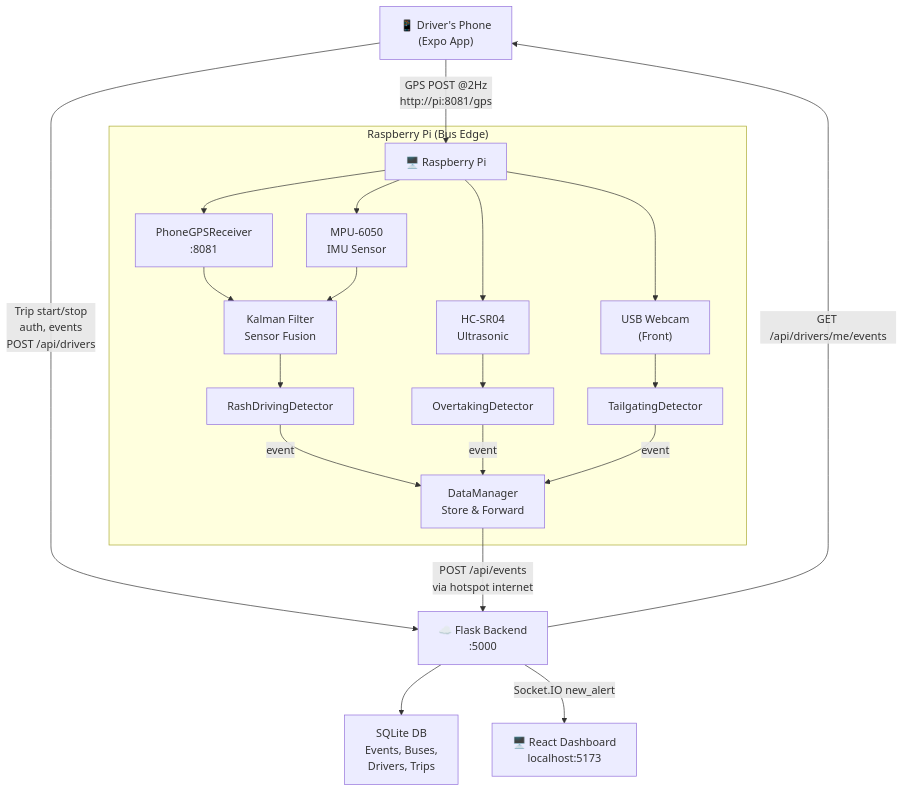
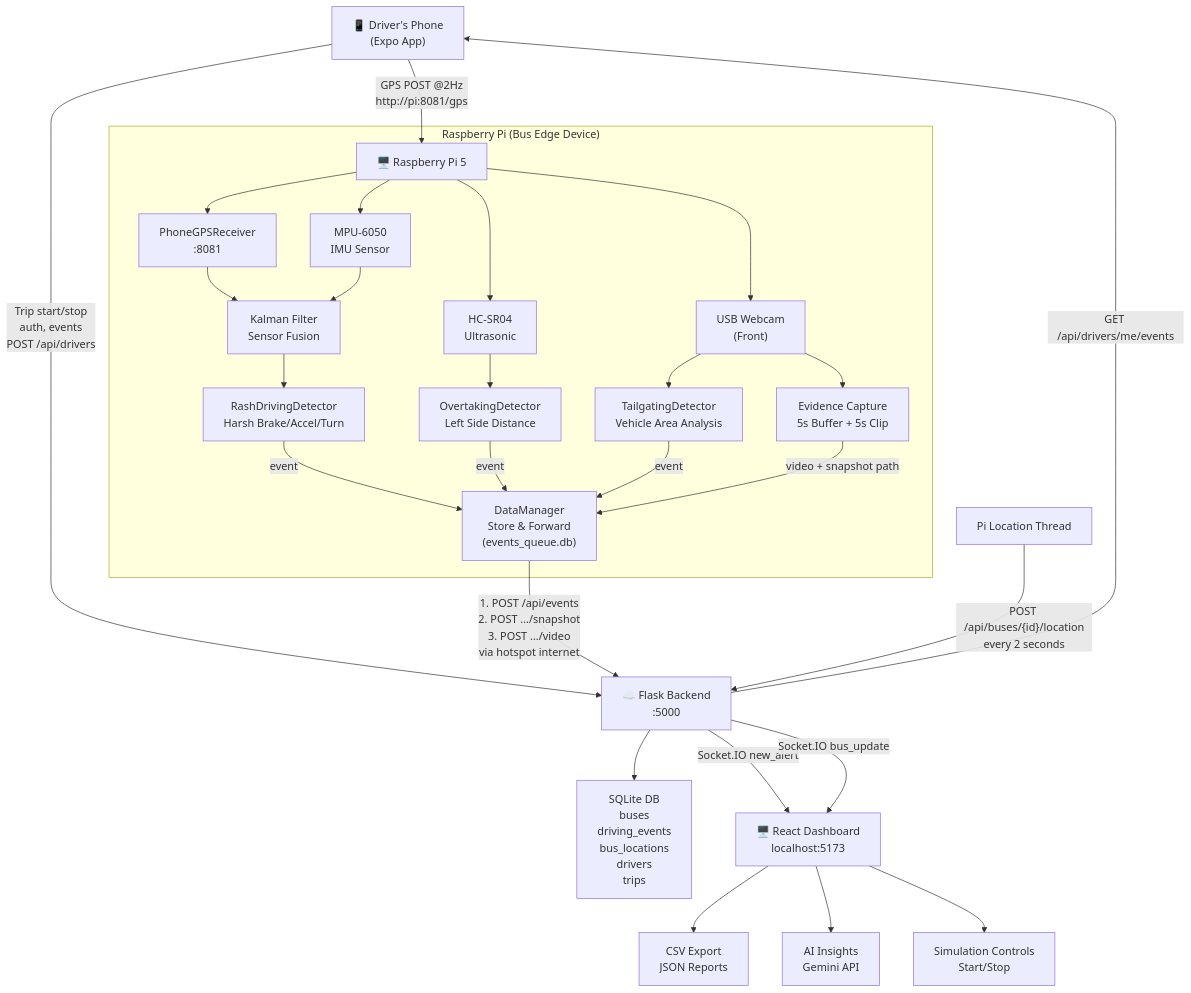
The diagram in docs/system_workflow.md (artacee/OnboardRash), drawn with Mermaid before and after one commit. The commit also changed other lines of this file and 19 other files, not shown here.

````diff
--- a/docs/system_workflow.md
+++ b/docs/system_workflow.md
@@ -153,23 +684,32 @@
 ```mermaid
 graph TD
-    Phone["📱 Driver's Phone\n(Expo App)"] -->|"GPS POST @2Hz\nhttp://pi:8081/gps"| Pi["🖥️ Raspberry Pi"]
-    Phone -->|"Trip start/stop\nauth, events\nPOST /api/drivers"| Backend["☁️ Flask Backend\n:5000"]
+    Phone["📱 Driver's Phone<br/>(Expo App)"] -->|"GPS POST @2Hz<br/>http://pi:8081/gps"| Pi["🖥️ Raspberry Pi 5"]
+    Phone -->|"Trip start/stop<br/>auth, events<br/>POST /api/drivers"| Backend["☁️ Flask Backend<br/>:5000"]
 
-    subgraph "Raspberry Pi (Bus Edge)"
-        Pi --> PGps["PhoneGPSReceiver\n:8081"]
-        Pi --> IMU["MPU-6050\nIMU Sensor"]
-        Pi --> Ultra["HC-SR04\nUltrasonic"]
-        Pi --> Cam["USB Webcam\n(Front)"]
-        PGps & IMU --> Fusion["Kalman Filter\nSensor Fusion"]
-        Fusion --> Detect["RashDrivingDetector"]
-        Ultra --> OD["OvertakingDetector"]
-        Cam --> TD["TailgatingDetector"]
-        Detect & OD & TD -->|"event"| DM["DataManager\nStore & Forward"]
+    subgraph "Raspberry Pi (Bus Edge Device)"
+        Pi --> PGps["PhoneGPSReceiver<br/>:8081"]
+        Pi --> IMU["MPU-6050<br/>IMU Sensor"]
+        Pi --> Ultra["HC-SR04<br/>Ultrasonic"]
+        Pi --> Cam["USB Webcam<br/>(Front)"]
+        PGps & IMU --> Fusion["Kalman Filter<br/>Sensor Fusion"]
+        Fusion --> Detect["RashDrivingDetector<br/>Harsh Brake/Accel/Turn"]
+        Ultra --> OD["OvertakingDetector<br/>Left Side Distance"]
+        Cam --> TD["TailgatingDetector<br/>Vehicle Area Analysis"]
+        Cam --> Evidence["Evidence Capture<br/>5s Buffer + 5s Clip"]
+        Detect & OD & TD -->|"event"| DM["DataManager<br/>Store & Forward<br/>(events_queue.db)"]
+        Evidence -->|"video + snapshot path"| DM
     end
 
-    DM -->|"POST /api/events\nvia hotspot internet"| Backend
+    DM -->|"1. POST /api/events<br/>2. POST .../snapshot<br/>3. POST .../video<br/>via hotspot internet"| Backend
 
-    Backend --> DB["SQLite DB\nEvents, Buses,\nDrivers, Trips"]
-    Backend -->|"Socket.IO new_alert"| Dashboard["🖥️ React Dashboard\nlocalhost:5173"]
+    Pi2["Pi Location Thread"] -->|"POST /api/buses/{id}/location<br/>every 2 seconds"| Backend
+
+    Backend --> DB["SQLite DB<br/>buses<br/>driving_events<br/>bus_locations<br/>drivers<br/>trips"]
+    Backend -->|"Socket.IO new_alert"| Dashboard["🖥️ React Dashboard<br/>localhost:5173"]
+    Backend -->|"Socket.IO bus_update"| Dashboard
     Backend -->|"GET /api/drivers/me/events"| Phone
+
+    Dashboard --> Export["CSV Export<br/>JSON Reports"]
+    Dashboard --> Insights["AI Insights<br/>Gemini API"]
+    Dashboard --> SimCtrl["Simulation Controls<br/>Start/Stop"]
 ```
````
